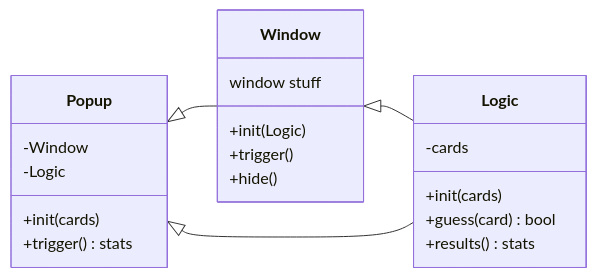
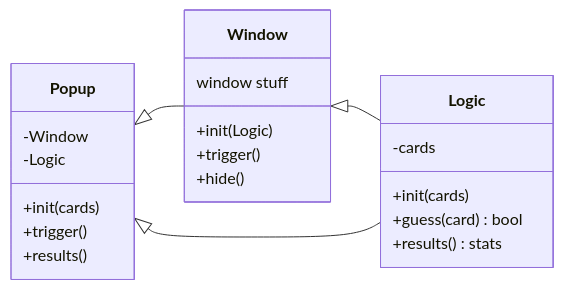
Before and after one commit to 24adamcho/sudden-flash-card-event: the first of 4 diagrams in docs/classdiagram.md, drawn with Mermaid. The commit also changed other lines of this file and 2 other files, not shown here.

````diff
--- a/docs/classdiagram.md
+++ b/docs/classdiagram.md
@@ -4,26 +4,27 @@
 ```mermaid
 classDiagram
 direction LR
     class Logic{
         -cards
         +init(cards)
         +guess(card) bool
         +results() stats
     }
     class Window{
         window stuff
         +init(Logic)
         +trigger()
         +hide()
     }
     class Popup{
         -Window
         -Logic
         +init(cards)
-        +trigger() stats
+        +trigger()
+        +results()
     }
 
     Popup <|-- Window
     Window <|-- Logic
     Popup <|-- Logic
 ```
````
